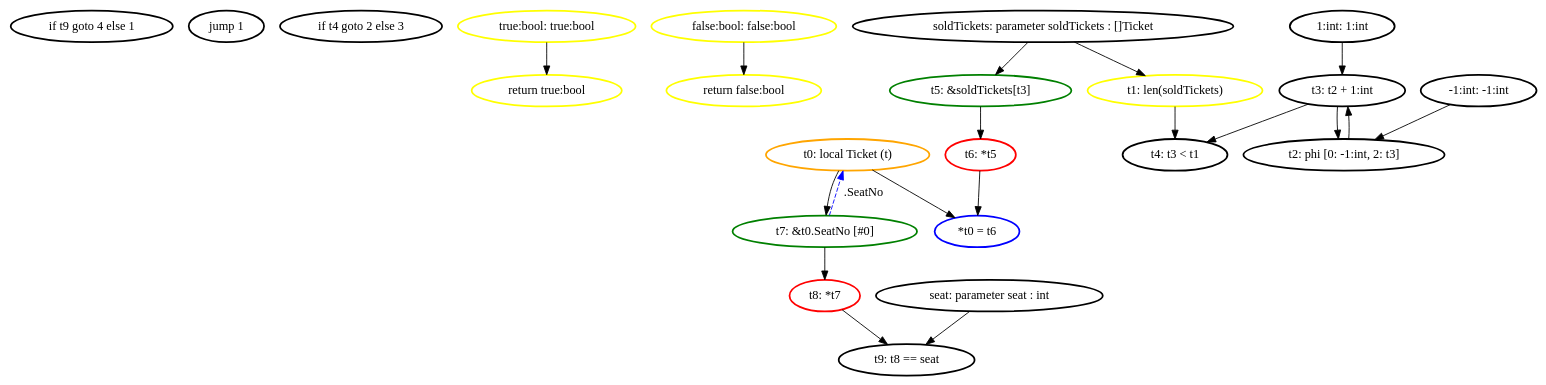
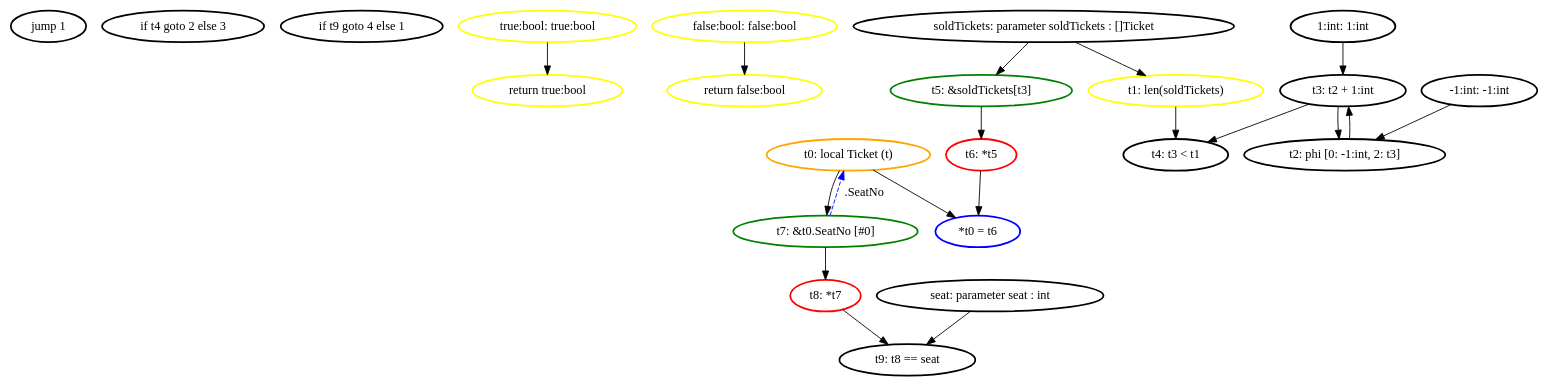
The diagram in ssa_analysis/analyzer/output/train_ticket2/ssagraphs/train_ticket2.isContained.dot (aletheia-microservices/aletheia), drawn with Graphviz before and after one commit. The commit also changed 429 other files, not shown here.

Commit message:
feat(iterator): split into two phases (schema builder and pattern detector)

```diff
--- a/ssa_analysis/analyzer/output/train_ticket2/ssagraphs/train_ticket2.isContained.dot
+++ b/ssa_analysis/analyzer/output/train_ticket2/ssagraphs/train_ticket2.isContained.dot
@@ -1,49 +1,49 @@
 digraph G {
 	rankdir=TD;
-	N_instr__1680514356 [label="if t9 goto 4 else 1", style=bold, shape=ellipse, color="black"];
-	N_instr__1680514356 [label="if t9 goto 4 else 1", style=bold, shape=ellipse, color="black"];
-	N_instr__2038740023 [label="jump 1", style=bold, shape=ellipse, color="black"];
-	N_instr__2038740023 [label="jump 1", style=bold, shape=ellipse, color="black"];
-	N_instr__775770843 [label="if t4 goto 2 else 3", style=bold, shape=ellipse, color="black"];
-	N_instr__775770843 [label="if t4 goto 2 else 3", style=bold, shape=ellipse, color="black"];
-	N_instr_ret_5311176 [label="return true:bool", style=bold, shape=ellipse, color="yellow"];
-	N_instr_ret_5311176 [label="return true:bool", style=bold, shape=ellipse, color="yellow"];
-	N_instr_ret_5311196 [label="return false:bool", style=bold, shape=ellipse, color="yellow"];
-	N_instr_ret_5311196 [label="return false:bool", style=bold, shape=ellipse, color="yellow"];
-	N_instr_store_5311124 [label="*t0 = t6", style=bold, shape=ellipse, color="blue"];
-	N_instr_store_5311124 [label="*t0 = t6", style=bold, shape=ellipse, color="blue"];
+	N_instr__1726272861 [label="jump 1", style=bold, shape=ellipse, color="black"];
+	N_instr__1726272861 [label="jump 1", style=bold, shape=ellipse, color="black"];
+	N_instr__341800032 [label="if t4 goto 2 else 3", style=bold, shape=ellipse, color="black"];
+	N_instr__341800032 [label="if t4 goto 2 else 3", style=bold, shape=ellipse, color="black"];
+	N_instr__389385219 [label="if t9 goto 4 else 1", style=bold, shape=ellipse, color="black"];
+	N_instr__389385219 [label="if t9 goto 4 else 1", style=bold, shape=ellipse, color="black"];
+	N_instr_ret_3936347 [label="return true:bool", style=bold, shape=ellipse, color="yellow"];
+	N_instr_ret_3936347 [label="return true:bool", style=bold, shape=ellipse, color="yellow"];
+	N_instr_ret_3936367 [label="return false:bool", style=bold, shape=ellipse, color="yellow"];
+	N_instr_ret_3936367 [label="return false:bool", style=bold, shape=ellipse, color="yellow"];
+	N_instr_store_3936295 [label="*t0 = t6", style=bold, shape=ellipse, color="blue"];
+	N_instr_store_3936295 [label="*t0 = t6", style=bold, shape=ellipse, color="blue"];
 	N_val__1_int [label="-1:int: -1:int", style=bold, shape=ellipse, color="black"];
 	N_val_1_int [label="1:int: 1:int", style=bold, shape=ellipse, color="black"];
-	N_val_alloc_5311124 [label="t0: local Ticket (t)", style=bold, shape=ellipse, color="orange"];
-	N_val_binary_5311163 [label="t9: t8 == seat", style=bold, shape=ellipse, color="black"];
+	N_val_alloc_3936295 [label="t0: local Ticket (t)", style=bold, shape=ellipse, color="orange"];
+	N_val_binary_3936334 [label="t9: t8 == seat", style=bold, shape=ellipse, color="black"];
 	N_val_binaryt3 [label="t3: t2 + 1:int", style=bold, shape=ellipse, color="black"];
 	N_val_binaryt4 [label="t4: t3 < t1", style=bold, shape=ellipse, color="black"];
 	N_val_callt1 [label="t1: len(soldTickets)", style=bold, shape=ellipse, color="yellow"];
 	N_val_false_bool [label="false:bool: false:bool", style=bold, shape=ellipse, color="yellow"];
-	N_val_field_5311156 [label="t7: &t0.SeatNo [#0]", style=bold, shape=ellipse, color="green"];
-	N_val_index_5311135 [label="t5: &soldTickets[t3]", style=bold, shape=ellipse, color="green"];
-	N_val_param_5311077 [label="soldTickets: parameter soldTickets : []Ticket", style=bold, shape=ellipse, color="black"];
-	N_val_param_5311099 [label="seat: parameter seat : int", style=bold, shape=ellipse, color="black"];
+	N_val_field_3936327 [label="t7: &t0.SeatNo [#0]", style=bold, shape=ellipse, color="green"];
+	N_val_index_3936306 [label="t5: &soldTickets[t3]", style=bold, shape=ellipse, color="green"];
+	N_val_param_3936248 [label="soldTickets: parameter soldTickets : []Ticket", style=bold, shape=ellipse, color="black"];
+	N_val_param_3936270 [label="seat: parameter seat : int", style=bold, shape=ellipse, color="black"];
 	N_val_phit2 [label="t2: phi [0: -1:int, 2: t3]", style=bold, shape=ellipse, color="black"];
 	N_val_true_bool [label="true:bool: true:bool", style=bold, shape=ellipse, color="yellow"];
-	N_val_unary_5311156 [label="t8: *t7", style=bold, shape=ellipse, color="red"];
+	N_val_unary_3936327 [label="t8: *t7", style=bold, shape=ellipse, color="red"];
 	N_val_unaryt6 [label="t6: *t5", style=bold, shape=ellipse, color="red"];
-	N_val_param_5311077 -> N_val_callt1;
+	N_val_param_3936248 -> N_val_callt1;
 	N_val__1_int -> N_val_phit2;
 	N_val_phit2 -> N_val_binaryt3;
 	N_val_1_int -> N_val_binaryt3;
 	N_val_binaryt3 -> N_val_phit2;
 	N_val_binaryt3 -> N_val_binaryt4;
 	N_val_callt1 -> N_val_binaryt4;
-	N_val_param_5311077 -> N_val_index_5311135;
-	N_val_index_5311135 -> N_val_unaryt6;
-	N_val_alloc_5311124 -> N_instr_store_5311124;
-	N_val_unaryt6 -> N_instr_store_5311124;
-	N_val_alloc_5311124 -> N_val_field_5311156;
-	N_val_field_5311156 -> N_val_unary_5311156;
-	N_val_unary_5311156 -> N_val_binary_5311163;
-	N_val_param_5311099 -> N_val_binary_5311163;
-	N_val_false_bool -> N_instr_ret_5311196;
-	N_val_true_bool -> N_instr_ret_5311176;
-	N_val_field_5311156 -> N_val_alloc_5311124 [label=".SeatNo", style=dashed, color=blue];
+	N_val_param_3936248 -> N_val_index_3936306;
+	N_val_index_3936306 -> N_val_unaryt6;
+	N_val_alloc_3936295 -> N_instr_store_3936295;
+	N_val_unaryt6 -> N_instr_store_3936295;
+	N_val_alloc_3936295 -> N_val_field_3936327;
+	N_val_field_3936327 -> N_val_unary_3936327;
+	N_val_unary_3936327 -> N_val_binary_3936334;
+	N_val_param_3936270 -> N_val_binary_3936334;
+	N_val_false_bool -> N_instr_ret_3936367;
+	N_val_true_bool -> N_instr_ret_3936347;
+	N_val_field_3936327 -> N_val_alloc_3936295 [label=".SeatNo", style=dashed, color=blue];
 }
```
